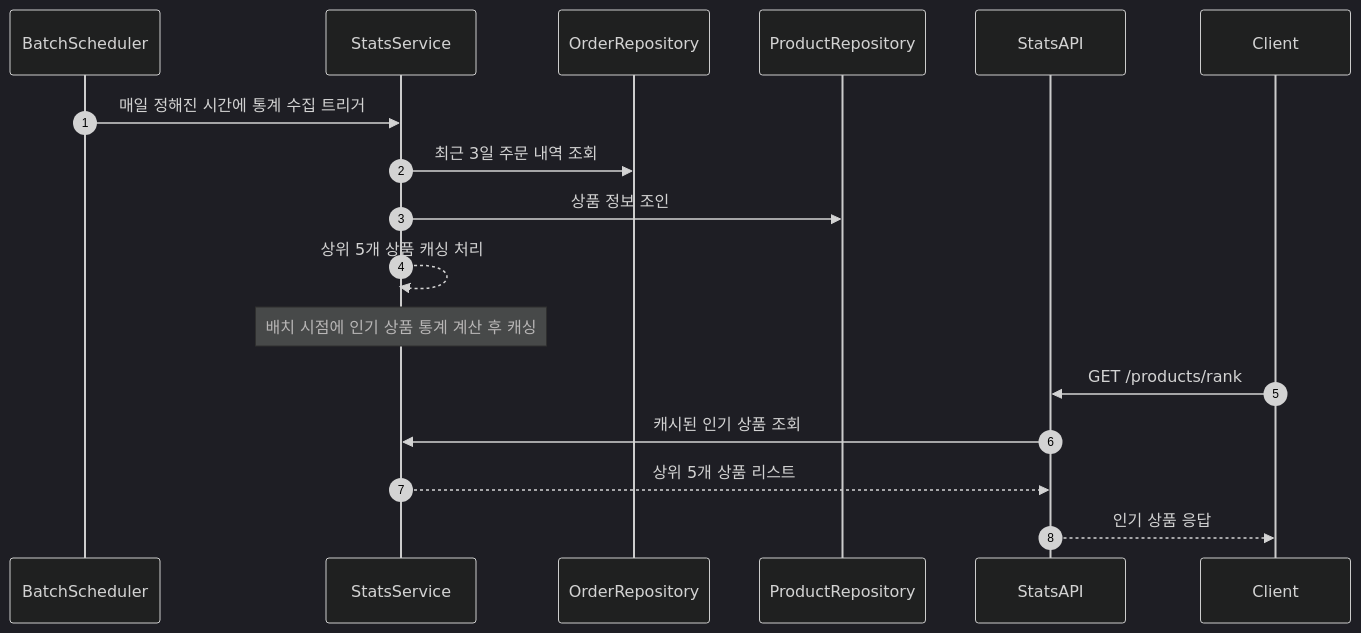
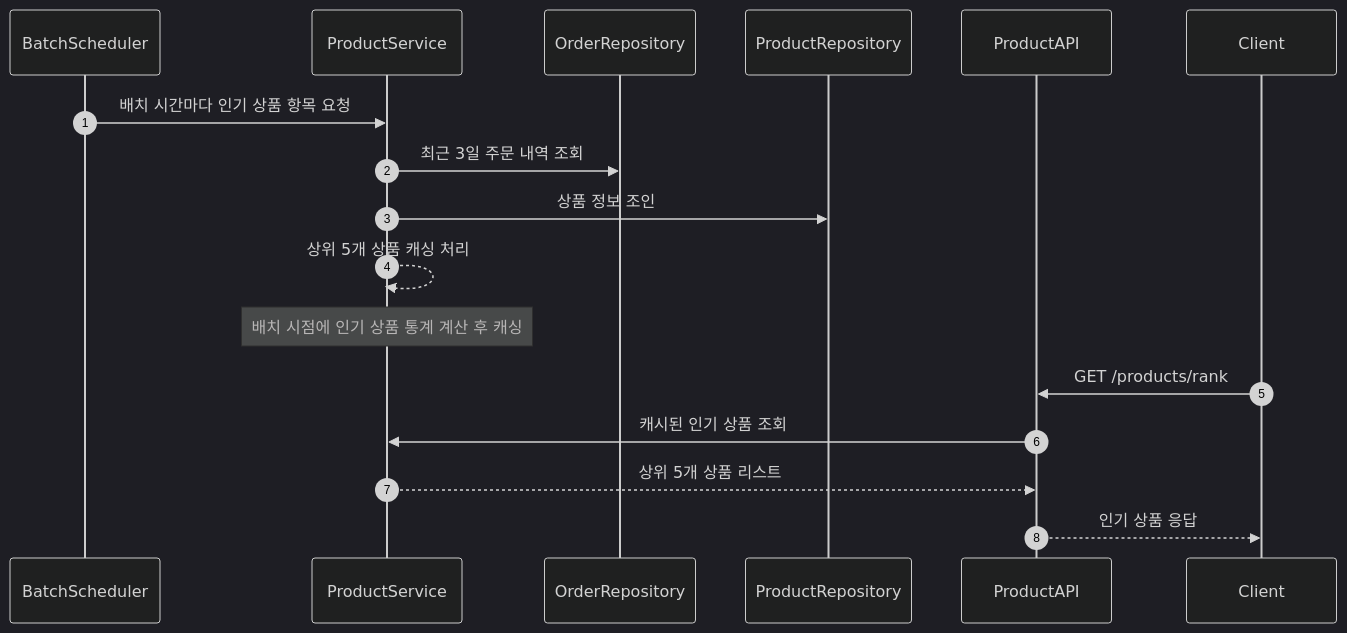
The seventh of 7 diagrams in docs/Sequence.md (ehdgus0221/hhplus-ecommerce), drawn with Mermaid (dark theme) before and after one commit. The commit also changed other lines of this file and 25 other files, not shown here.

````diff
--- a/docs/Sequence.md
+++ b/docs/Sequence.md
@@ -156,21 +161,21 @@
 ```mermaid
 sequenceDiagram
     autonumber
     participant BatchScheduler
-    participant StatsService
+    participant ProductService
     participant OrderRepository
     participant ProductRepository
-    participant StatsAPI
+    participant ProductAPI
     participant Client
 
-    BatchScheduler->>StatsService: 매일 정해진 시간에 통계 수집 트리거
-    StatsService->>OrderRepository: 최근 3일 주문 내역 조회
-    StatsService->>ProductRepository: 상품 정보 조인
-    StatsService-->>StatsService: 상위 5개 상품 캐싱 처리
-    Note over StatsService: 배치 시점에 인기 상품 통계 계산 후 캐싱
+    BatchScheduler->>ProductService: 배치 시간마다 인기 상품 항목 요청
+    ProductService->>OrderRepository: 최근 3일 주문 내역 조회
+    ProductService->>ProductRepository: 상품 정보 조인
+    ProductService-->>ProductService: 상위 5개 상품 캐싱 처리
+    Note over ProductService: 배치 시점에 인기 상품 통계 계산 후 캐싱
 
-    Client->>StatsAPI: GET /products/rank
-    StatsAPI->>StatsService: 캐시된 인기 상품 조회
-    StatsService-->>StatsAPI: 상위 5개 상품 리스트
-    StatsAPI-->>Client: 인기 상품 응답
+    Client->>ProductAPI: GET /products/rank
+    ProductAPI->>ProductService: 캐시된 인기 상품 조회
+    ProductService-->>ProductAPI: 상위 5개 상품 리스트
+    ProductAPI-->>Client: 인기 상품 응답
 ```
````
